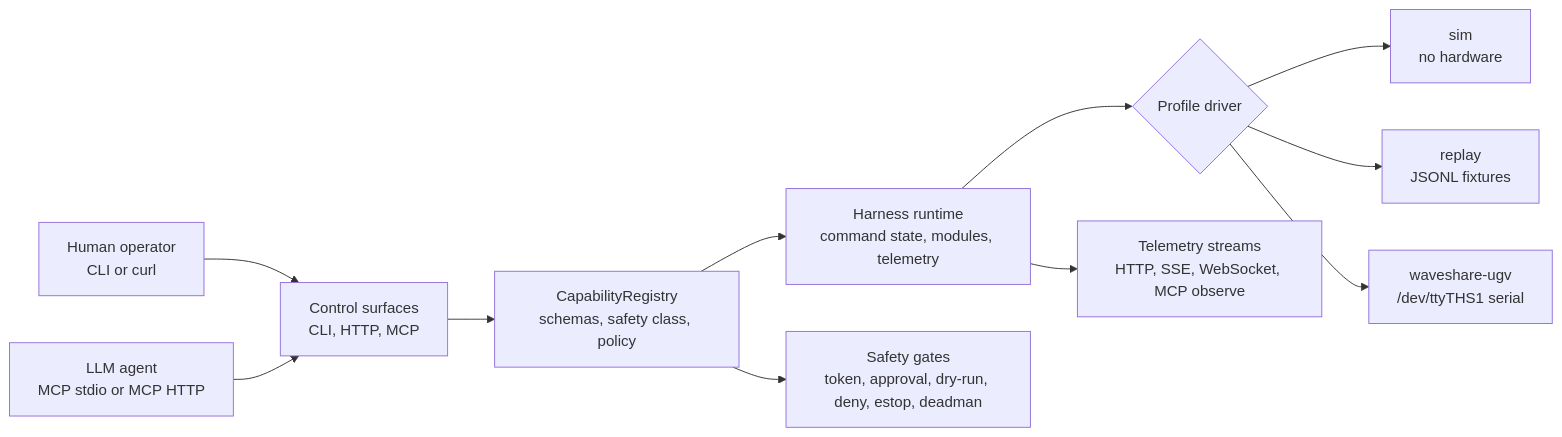
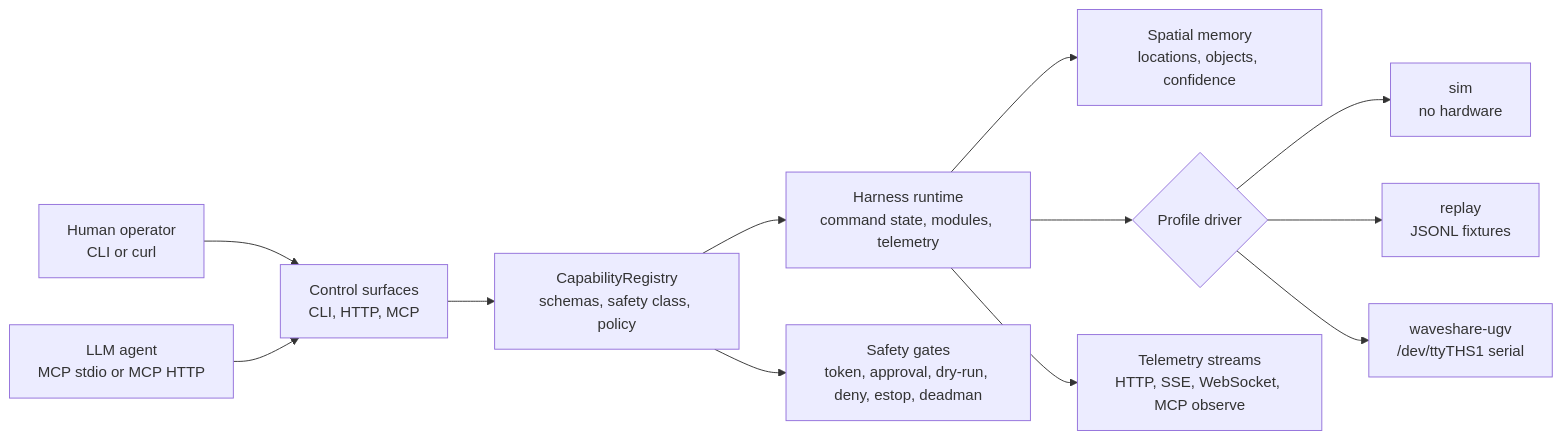
The second of 2 diagrams in README.md (specdog/leash), drawn with Mermaid before and after one commit. The commit also changed other lines of this file and 15 other files, not shown here.

Commit message:
Add spatial memory primitives

````diff
--- a/README.md
+++ b/README.md
@@ -47,13 +49,14 @@
 ```mermaid
 flowchart LR
   human["Human operator\nCLI or curl"] --> surfaces["Control surfaces\nCLI, HTTP, MCP"]
   agent["LLM agent\nMCP stdio or MCP HTTP"] --> surfaces
   surfaces --> registry["CapabilityRegistry\nschemas, safety class, policy"]
   registry --> harness["Harness runtime\ncommand state, modules, telemetry"]
+  harness --> memory["Spatial memory\nlocations, objects, confidence"]
   harness --> drivers{"Profile driver"}
   drivers --> sim["sim\nno hardware"]
   drivers --> replay["replay\nJSONL fixtures"]
   drivers --> ugv["waveshare-ugv\n/dev/ttyTHS1 serial"]
   harness --> streams["Telemetry streams\nHTTP, SSE, WebSocket, MCP observe"]
   registry --> safety["Safety gates\ntoken, approval, dry-run, deny, estop, deadman"]
 ```
````
